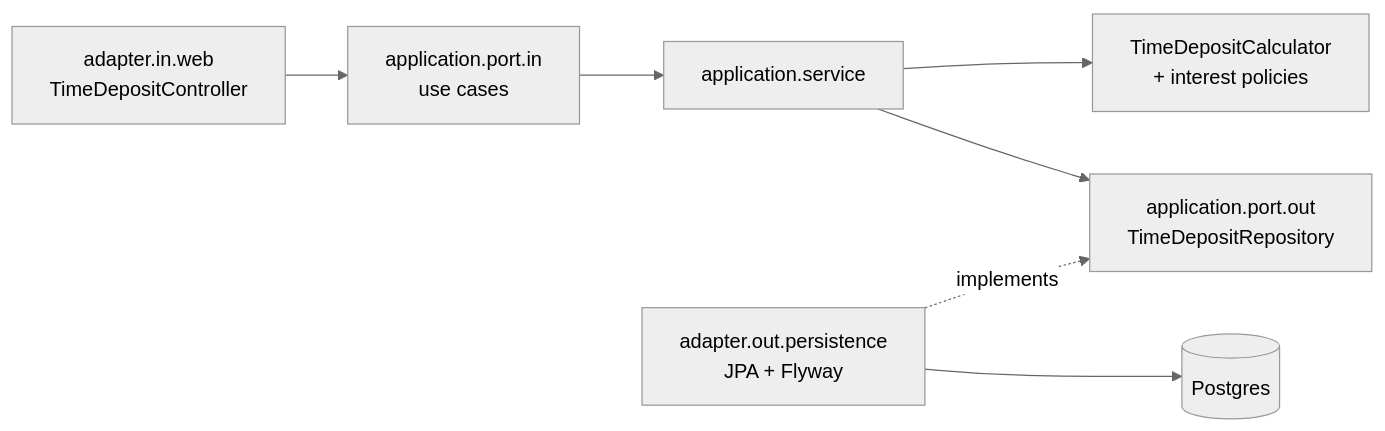
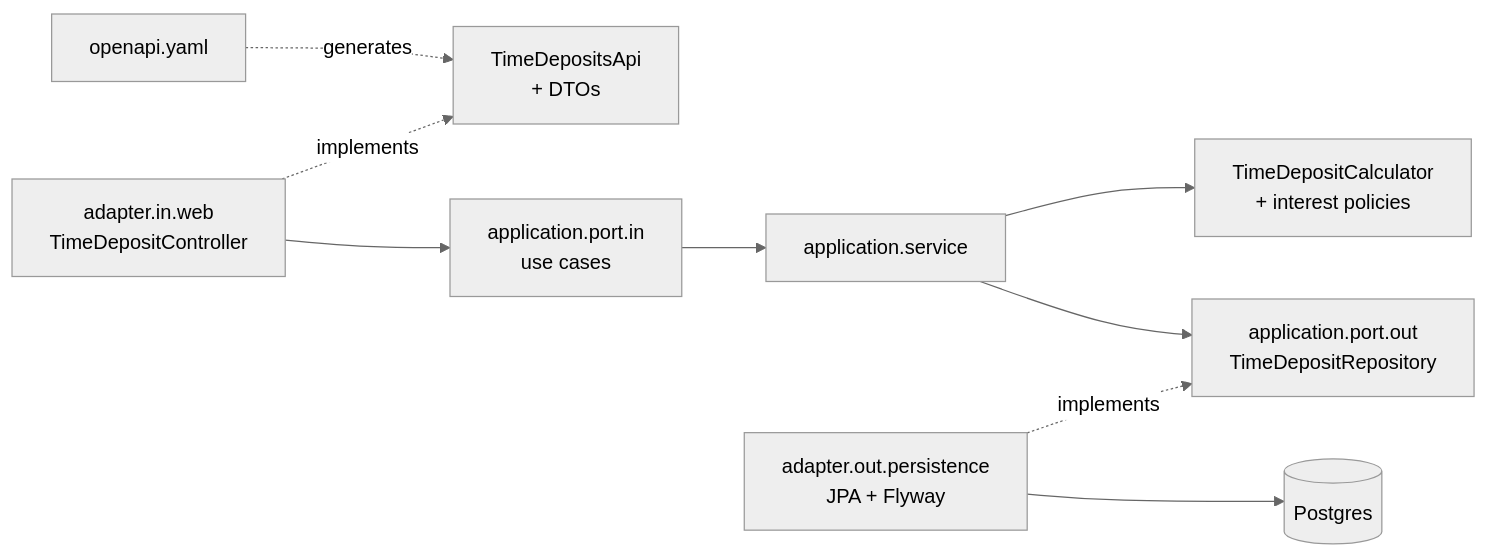
Before and after one commit to stavthal/time-deposit-take-home-kata: the diagram in java/README.md, drawn with Mermaid (neutral theme). The commit also changed other lines of this file and 1 other file, not shown here.

Commit message:
docs: record the contract first API

````diff
--- a/java/README.md
+++ b/java/README.md
@@ -68,9 +80,11 @@
 ```mermaid
 flowchart LR
-    Web[adapter.in.web<br/>TimeDepositController] --> In[application.port.in<br/>use cases]
+    Spec[openapi.yaml] -.generates.-> Api[TimeDepositsApi<br/>+ DTOs]
+    Web[adapter.in.web<br/>TimeDepositController] -.implements.-> Api
+    Web --> In[application.port.in<br/>use cases]
     In --> Svc[application.service]
     Svc --> Calc[TimeDepositCalculator<br/>+ interest policies]
     Svc --> Out[application.port.out<br/>TimeDepositRepository]
     Persist[adapter.out.persistence<br/>JPA + Flyway] -.implements.-> Out
     Persist --> DB[(Postgres)]
 ```
````
